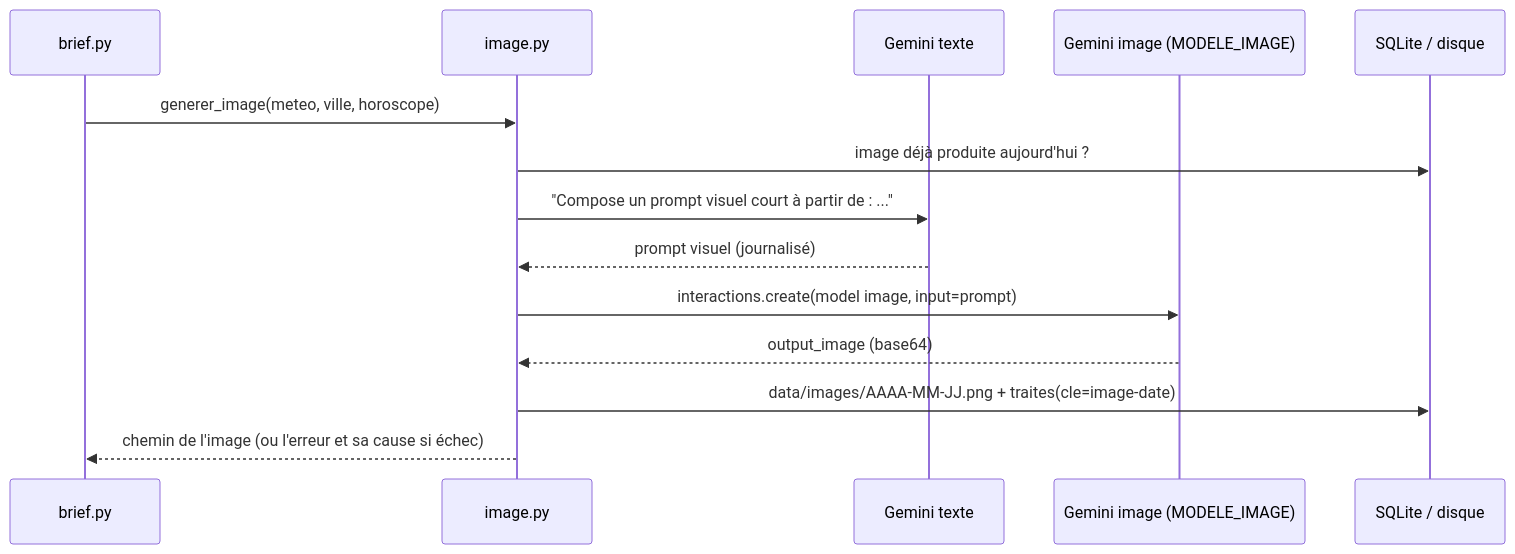
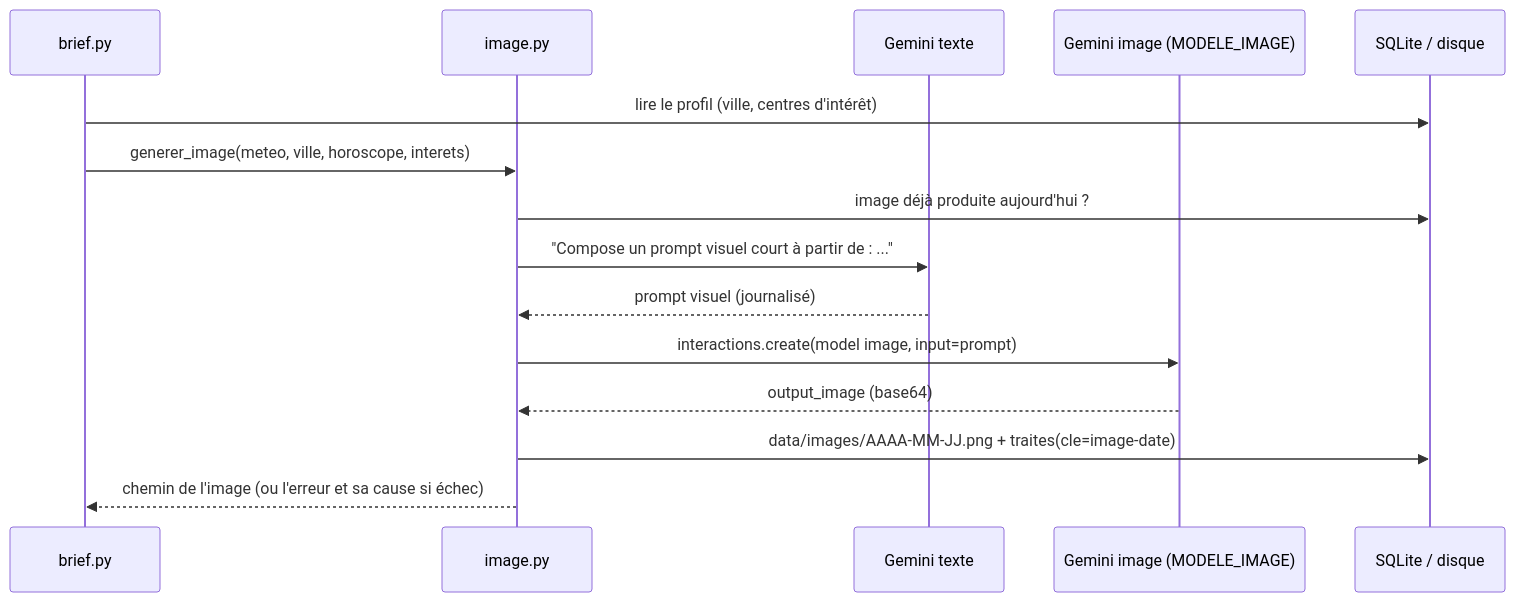
Before and after one commit to lecinquiemejour-code/goodvibe-tuto: diagram 30 of 44 in tuto-goodvibe-vibecoding.md, drawn with Mermaid. The commit also changed other lines of this file and 1 other file, not shown here.

First line of the commit message:
docs(tuto): l'image du jour s'inspire aussi des centres d'intérêt (fiches 10 et 11, PRD)

````diff
--- a/tuto-goodvibe-vibecoding.md
+++ b/tuto-goodvibe-vibecoding.md
@@ -1263,16 +1263,17 @@
 ```mermaid
 sequenceDiagram
     participant B as brief.py
     participant I as image.py
     participant G as Gemini texte
     participant N as Gemini image (MODELE_IMAGE)
     participant D as SQLite / disque
-    B->>I: generer_image(meteo, ville, horoscope)
+    B->>D: lire le profil (ville, centres d'intérêt)
+    B->>I: generer_image(meteo, ville, horoscope, interets)
     I->>D: image déjà produite aujourd'hui ?
     I->>G: "Compose un prompt visuel court à partir de : ..."
     G-->>I: prompt visuel (journalisé)
     I->>N: interactions.create(model image, input=prompt)
     N-->>I: output_image (base64)
     I->>D: data/images/AAAA-MM-JJ.png + traites(cle=image-date)
     I-->>B: chemin de l'image (ou l'erreur et sa cause si échec)
 ```
````
